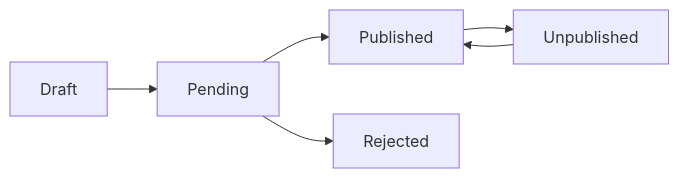
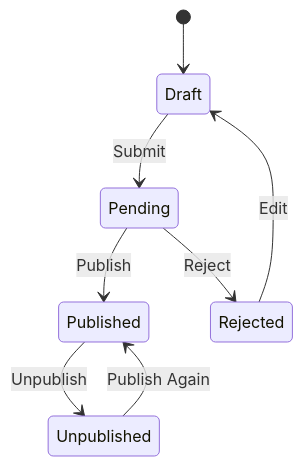
Before and after one commit to Alipta001/blog-management-website: the first of 3 diagrams in README.md, drawn with Mermaid. The commit also changed other lines of this file, not shown here.

````diff
--- a/README.md
+++ b/README.md
@@ -244,8 +156,16 @@
 ```mermaid
-flowchart LR
-    Draft --> Pending
-    Pending --> Published
-    Pending --> Rejected
-    Published --> Unpublished
-    Unpublished --> Published
+stateDiagram-v2
+    [*] --> Draft
+
+    Draft --> Pending: Submit
+
+    Pending --> Published: Publish
+
+    Pending --> Rejected: Reject
+
+    Rejected --> Draft: Edit
+
+    Published --> Unpublished: Unpublish
+
+    Unpublished --> Published: Publish Again
 ```
````
